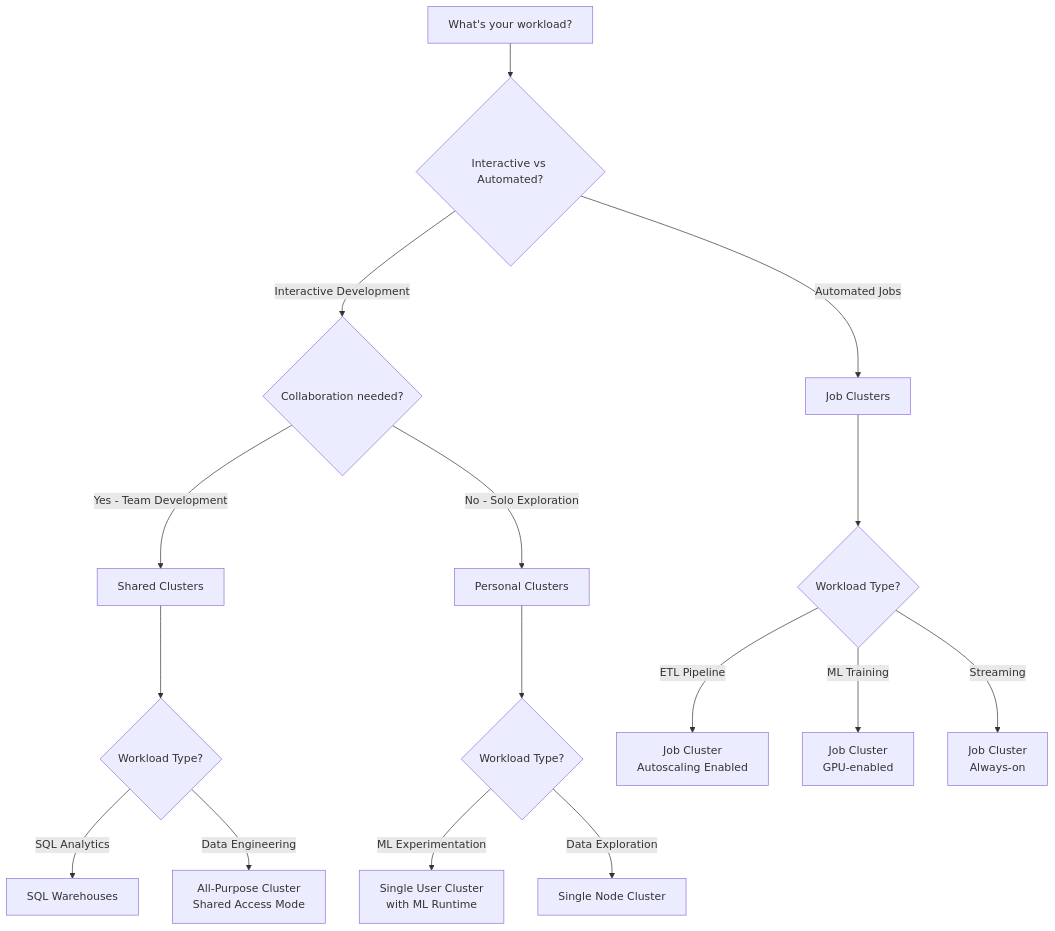
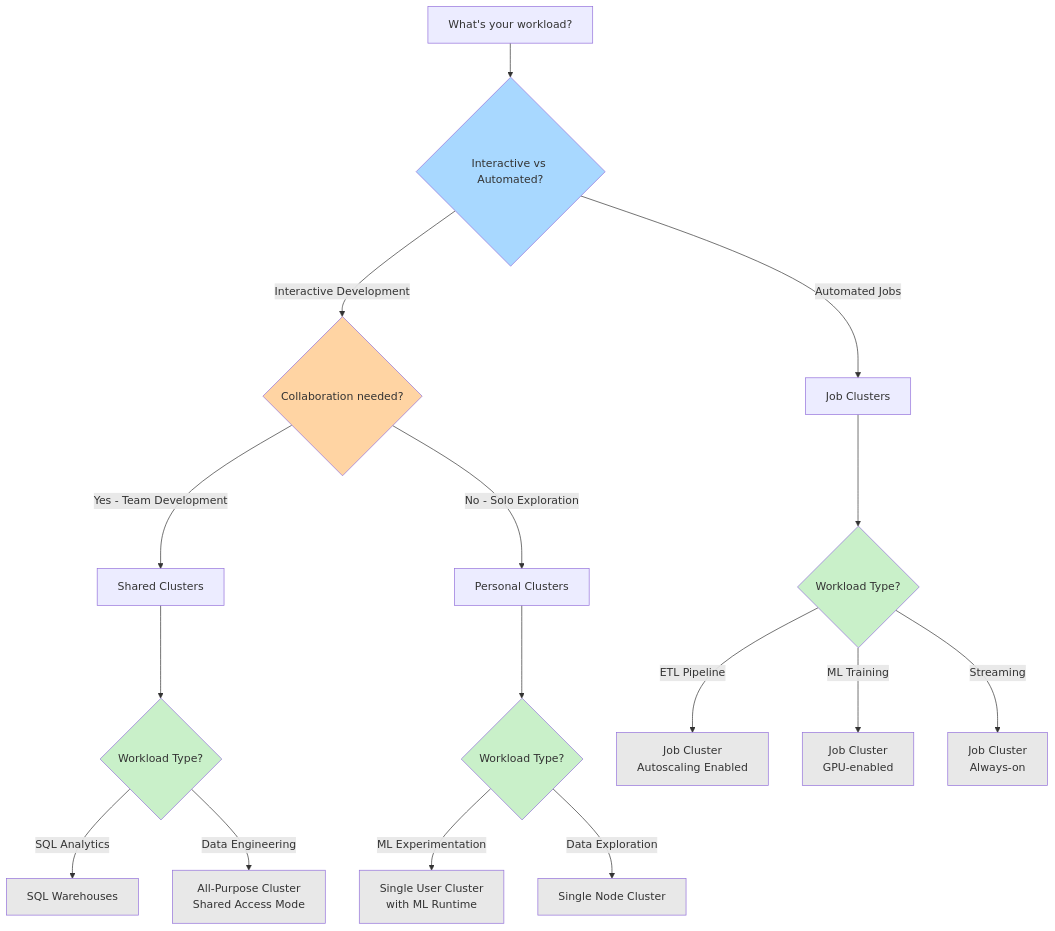
The first of 4 diagrams in Technical Guideline Ops/Databricks Best-Practices/How to choose your Compute?.md (PlainsightPro/Vision-Playbook), drawn with Mermaid before and after one commit. The commit also changed other lines of this file, not shown here.

Commit message:
update charts in compute overview and make the page more reader friendly

````diff
--- a/Technical Guideline Ops/Databricks Best-Practices/How to choose your Compute?.md
+++ b/Technical Guideline Ops/Databricks Best-Practices/How to choose your Compute?.md
@@ -8,24 +10,38 @@
 ```mermaid
 %%{init: { "flowchart": { "useMaxWidth": true } } }%%
 flowchart TD
     A[What's your workload?] --> B{Interactive vs Automated?}
     B -->|Interactive Development| C{Collaboration needed?}
     B -->|Automated Jobs| D[Job Clusters]
     
     C -->|Yes - Team Development| E[Shared Clusters]
     C -->|No - Solo Exploration| F[Personal Clusters]
     
     E --> G{Workload Type?}
     F --> H{Workload Type?}
     D --> I{Workload Type?}
     
     G -->|SQL Analytics| J[SQL Warehouses]
     G -->|Data Engineering| K[All-Purpose Cluster<br/>Shared Access Mode]
     
     H -->|ML Experimentation| L[Single User Cluster<br/>with ML Runtime]
     H -->|Data Exploration| M[Single Node Cluster]
     
     I -->|ETL Pipeline| N[Job Cluster<br/>Autoscaling Enabled]
     I -->|ML Training| O[Job Cluster<br/>GPU-enabled]
     I -->|Streaming| P[Job Cluster<br/>Always-on]
+    
+    style B fill:#a8d8ff
+    style C fill:#ffd4a3
+    style G fill:#c9f0c9
+    style H fill:#c9f0c9
+    style I fill:#c9f0c9
+    
+    style J fill:#e8e8e8
+    style K fill:#e8e8e8
+    style L fill:#e8e8e8
+    style M fill:#e8e8e8
+    style N fill:#e8e8e8
+    style O fill:#e8e8e8
+    style P fill:#e8e8e8
 ```
````
